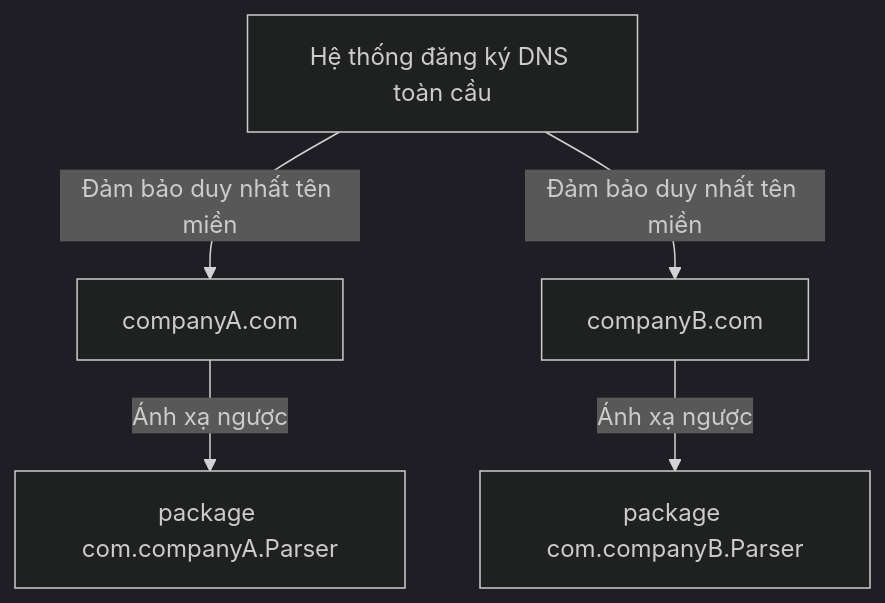
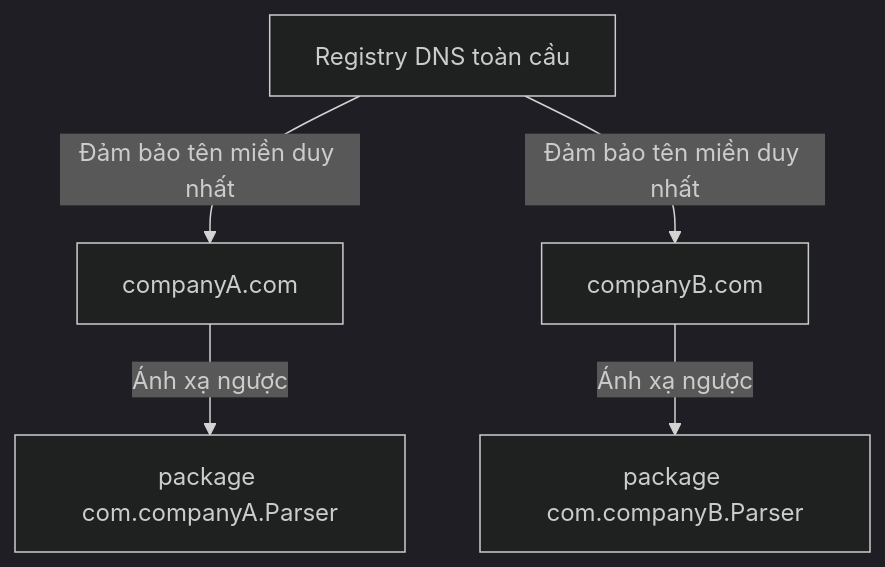
Before and after one commit to PhuThien2005/theoretical-of-java-core: the second of 2 diagrams in vi/02-basic-syntax/theory/03-comments-packages-imports.md, drawn with Mermaid (dark theme). The commit also changed other lines of this file and 229 other files, not shown here.

````diff
--- a/vi/02-basic-syntax/theory/03-comments-packages-imports.md
+++ b/vi/02-basic-syntax/theory/03-comments-packages-imports.md
@@ -119,7 +115,7 @@
 ```mermaid
 flowchart TD
-    A[Hệ thống đăng ký DNS toàn cầu] -->|Đảm bảo duy nhất tên miền| B[companyA.com]
-    A -->|Đảm bảo duy nhất tên miền| C[companyB.com]
+    A[Registry DNS toàn cầu] -->|Đảm bảo tên miền duy nhất| B[companyA.com]
+    A -->|Đảm bảo tên miền duy nhất| C[companyB.com]
     B -->|Ánh xạ ngược| D["package com.companyA.Parser"]
     C -->|Ánh xạ ngược| E["package com.companyB.Parser"]
 ```
````
